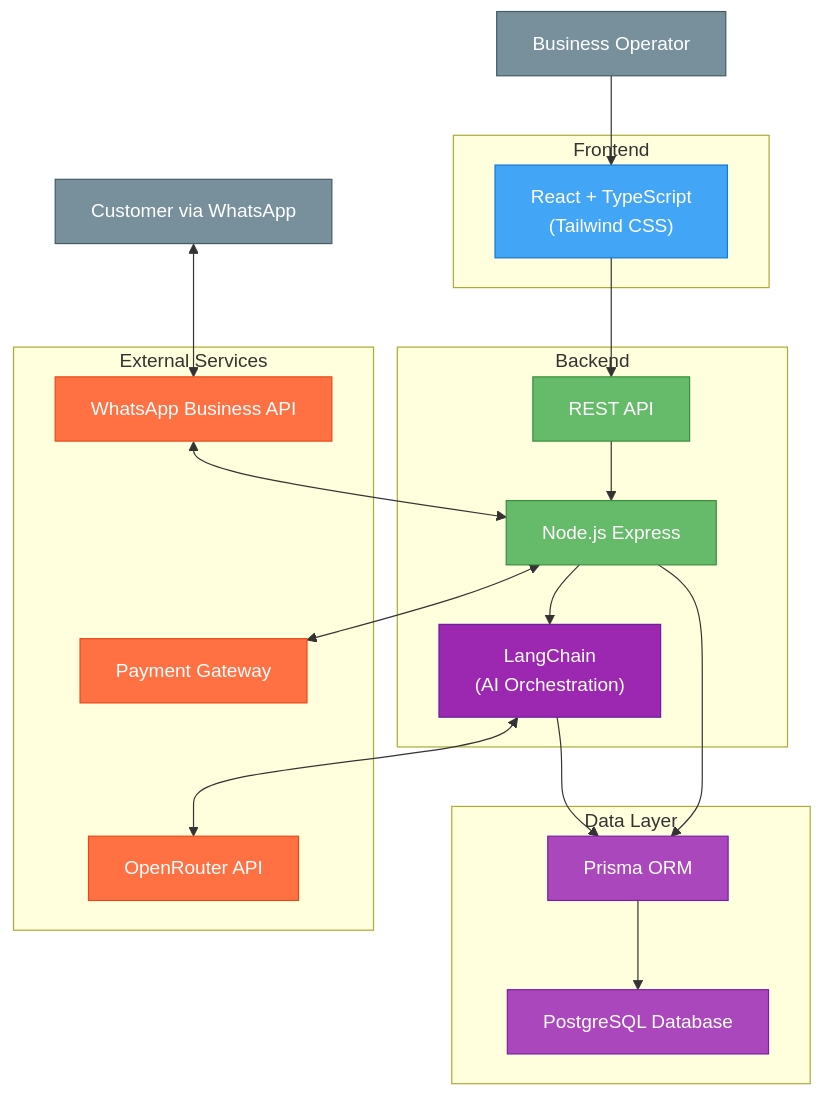
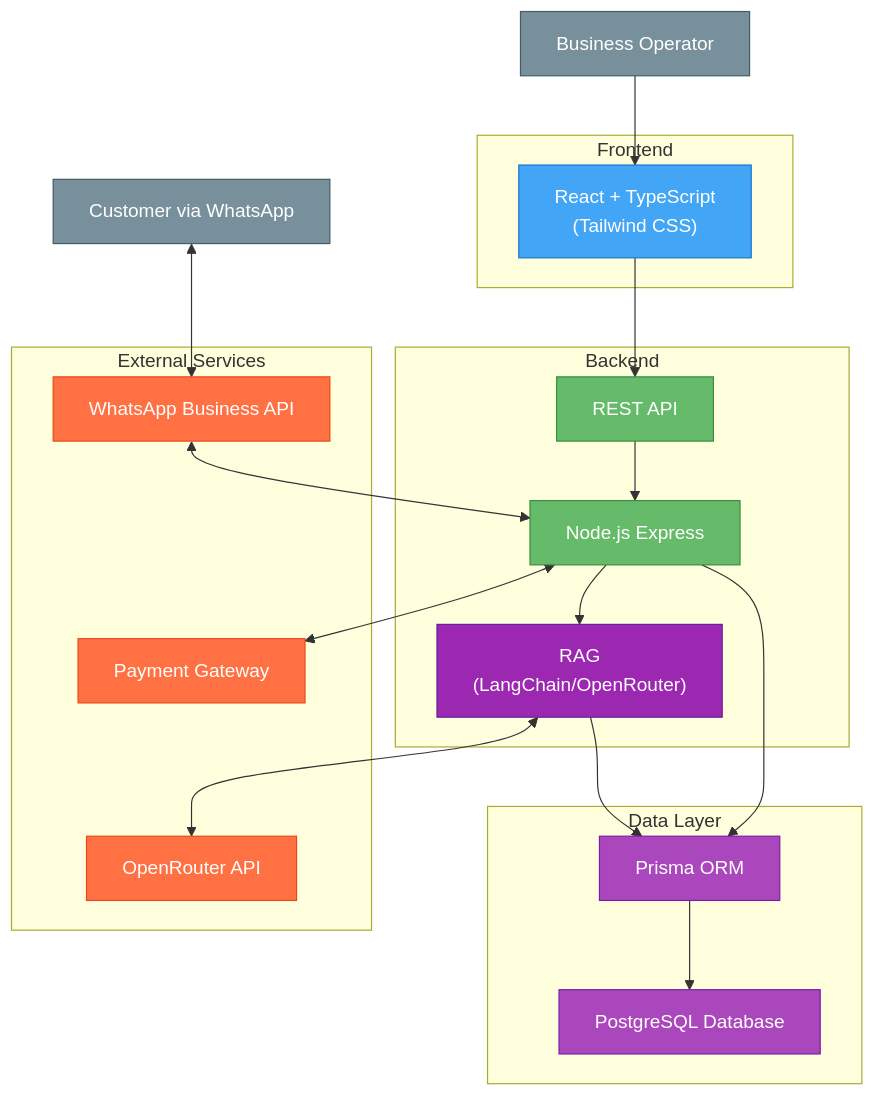
One commit to gelsogrove/AI4Devs-finalproject changed the first of 2 diagrams in readme.md. Above: the diagram before and after it, drawn with Mermaid. The commit also changed other lines of this file and 33 other files, not shown here.

````diff
--- a/readme.md
+++ b/readme.md
@@ -124,52 +146,52 @@
 ```mermaid
 flowchart TB
         User["Customer via WhatsApp"] 
         Operator["Business Operator"]
     
     subgraph "Frontend"
         React["React + TypeScript\n(Tailwind CSS)"]
     end
     
     subgraph "Backend"
         NodeJS["Node.js Express"]
         API["REST API"]
-        LangChain["LangChain\n(AI Orchestration)"]
+        LangChain["RAG\n(LangChain/OpenRouter)"]
     end
     
     subgraph "Data Layer"
         Prisma["Prisma ORM"]
         DB["PostgreSQL Database"]
     end
     
     subgraph "External Services"
         WhatsApp["WhatsApp Business API"]
         OpenRouter["OpenRouter API"]
         Payment["Payment Gateway"]
     end
     
     User <--> WhatsApp
     WhatsApp <--> NodeJS
     Operator --> React
     React --> API
     API --> NodeJS
     NodeJS --> LangChain
     LangChain <--> OpenRouter
     NodeJS --> Prisma
     Prisma --> DB
     LangChain --> Prisma
     NodeJS <--> Payment
     
     classDef frontend fill:#42A5F5,stroke:#1976D2,color:white
     classDef backend fill:#66BB6A,stroke:#388E3C,color:white
     classDef database fill:#AB47BC,stroke:#7B1FA2,color:white
     classDef external fill:#FF7043,stroke:#E64A19,color:white
     classDef user fill:#78909C,stroke:#455A64,color:white
     classDef ai fill:#9C27B0,stroke:#6A1B9A,color:white
 
     class React frontend
     class NodeJS,API backend
     class LangChain ai
     class Prisma,DB database
     class WhatsApp,OpenRouter,Payment external
     class User,Operator user
 ```
````
